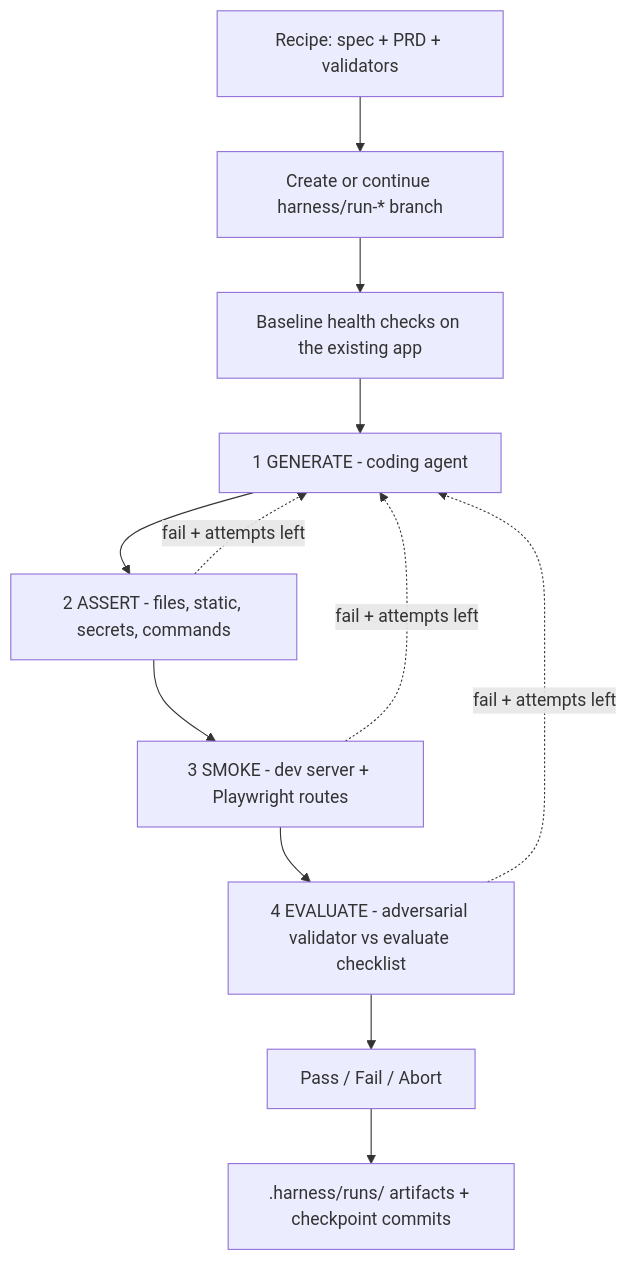
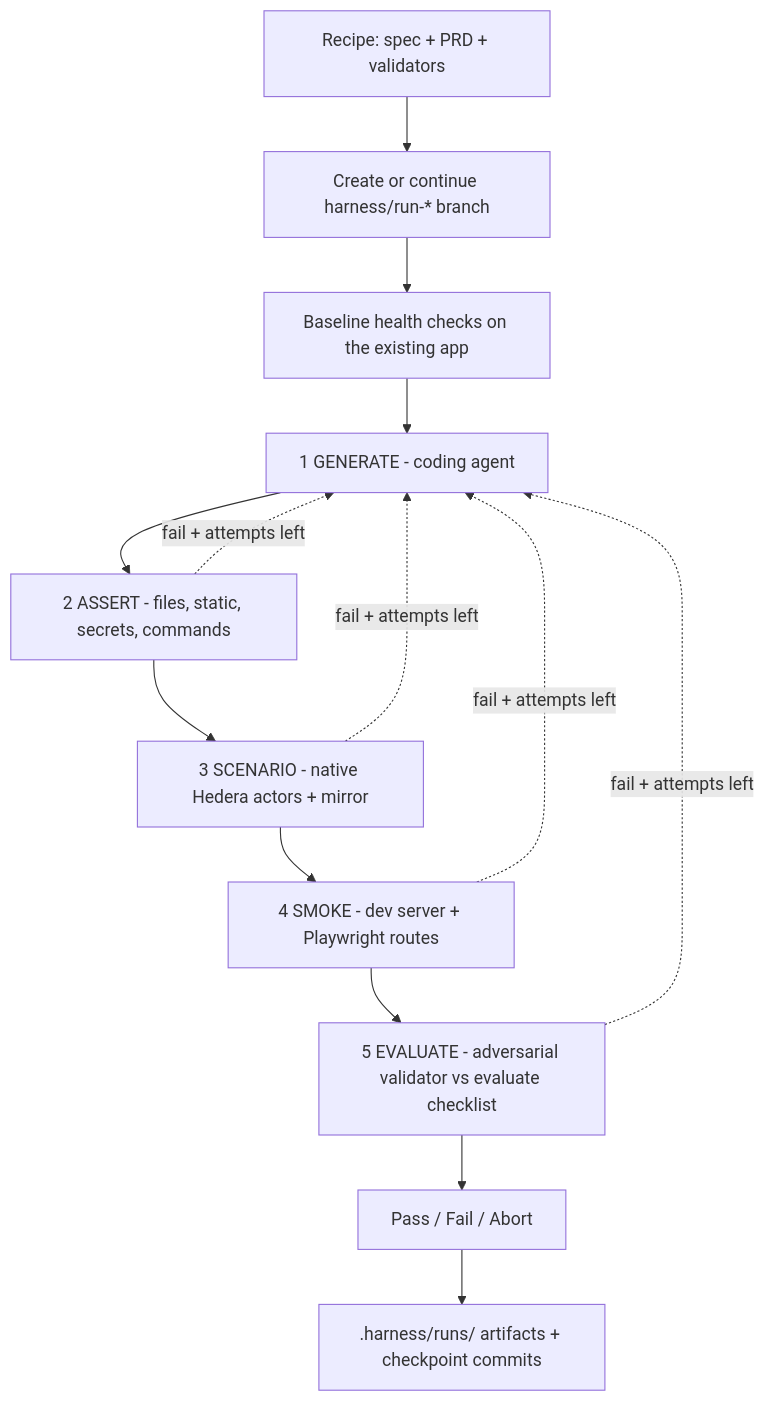
Before and after one commit to hedera-dev/hedera-harness: the diagram in README.md, drawn with Mermaid. The commit also changed other lines of this file, not shown here.

Commit message:
docs: add the fifth stage and validate-scenario to the public run story

````diff
--- a/README.md
+++ b/README.md
@@ -19,14 +19,16 @@
 ```mermaid
 flowchart TD
   inputs[Recipe: spec + PRD + validators] --> branch[Create or continue harness/run-* branch]
   branch --> baseline[Baseline health checks on the existing app]
   baseline --> generate[1 GENERATE - coding agent]
   generate --> assert[2 ASSERT - files, static, secrets, commands]
-  assert --> smoke[3 SMOKE - dev server + Playwright routes]
-  smoke --> evaluate[4 EVALUATE - adversarial validator vs evaluate checklist]
+  assert --> scenario[3 SCENARIO - native Hedera actors + mirror]
+  scenario --> smoke[4 SMOKE - dev server + Playwright routes]
+  smoke --> evaluate[5 EVALUATE - adversarial validator vs evaluate checklist]
   evaluate --> outcome[Pass / Fail / Abort]
   outcome --> artifacts[.harness/runs/ artifacts + checkpoint commits]
   assert -.->|fail + attempts left| generate
+  scenario -.->|fail + attempts left| generate
   smoke -.->|fail + attempts left| generate
   evaluate -.->|fail + attempts left| generate
 ```
````
